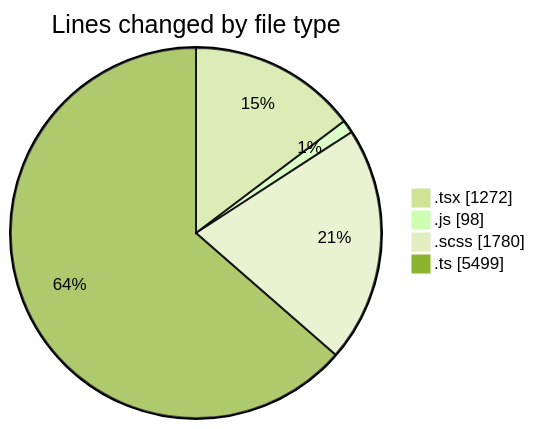
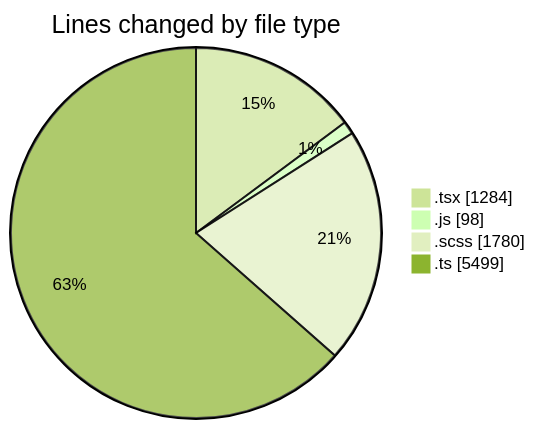
Before and after one commit to momahboobian/code-tracking: the first of 2 diagrams in 2025-03-31/cda/README.md, drawn with Mermaid (forest theme). The commit also changed other lines of this file and 1 other file, not shown here.

````diff
--- a/2025-03-31/cda/README.md
+++ b/2025-03-31/cda/README.md
@@ -39,8 +39,8 @@
 ```mermaid
 pie showData
 title Lines changed by file type
-".tsx" : 1272
+".tsx" : 1284
 ".js" : 98
 ".scss" : 1780
 ".ts" : 5499
 ```
````
